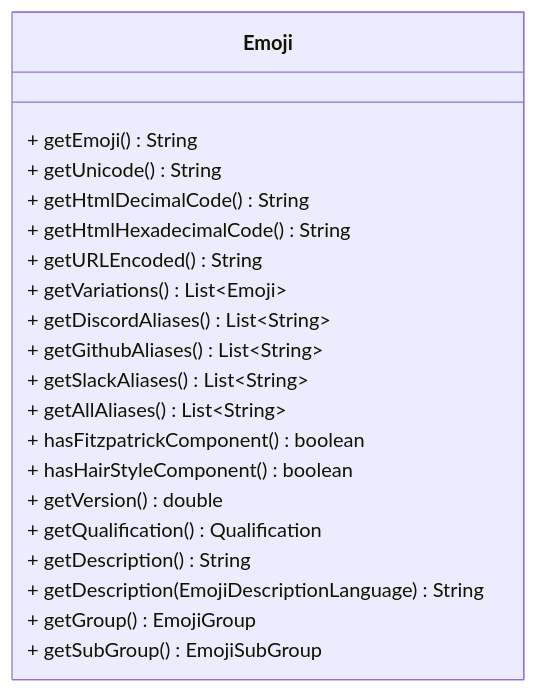
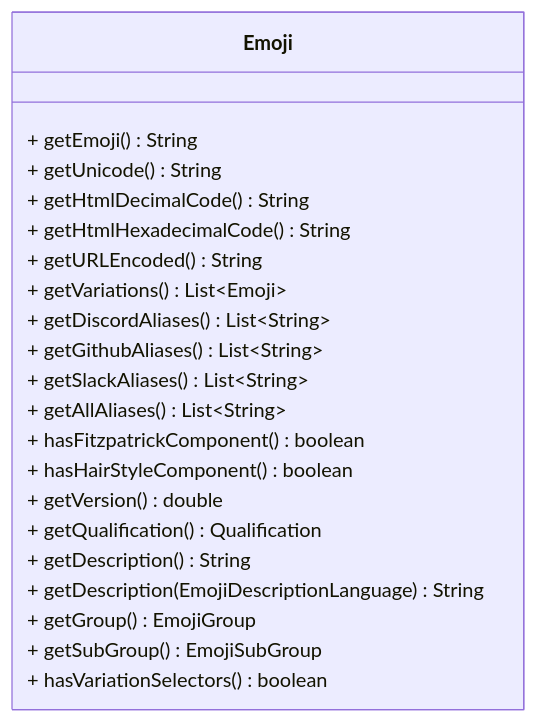
One commit to felldo/JEmoji changed the diagram in README.md. Above: the diagram before and after it, drawn with Mermaid. The commit also changed other lines of this file and 9 other files, not shown here.

Commit message:
Add support for emoji variations - Unicode Technical Standard #51, section 1.4.3: Emoji and Text Presentation Sequences

````diff
--- a/README.md
+++ b/README.md
@@ -153,24 +153,25 @@
 ```mermaid
 classDiagram
 direction BT
 class Emoji {
 + getEmoji() String
 + getUnicode() String
 + getHtmlDecimalCode() String
 + getHtmlHexadecimalCode() String
 + getURLEncoded() String
 + getVariations() List~Emoji~
 + getDiscordAliases() List~String~
 + getGithubAliases() List~String~
 + getSlackAliases() List~String~
 + getAllAliases() List~String~
 + hasFitzpatrickComponent() boolean
 + hasHairStyleComponent() boolean
 + getVersion() double
 + getQualification() Qualification
 + getDescription() String
 + getDescription(EmojiDescriptionLanguage) String
 + getGroup() EmojiGroup
 + getSubGroup() EmojiSubGroup
++ hasVariationSelectors() boolean
 }
 ```
````
